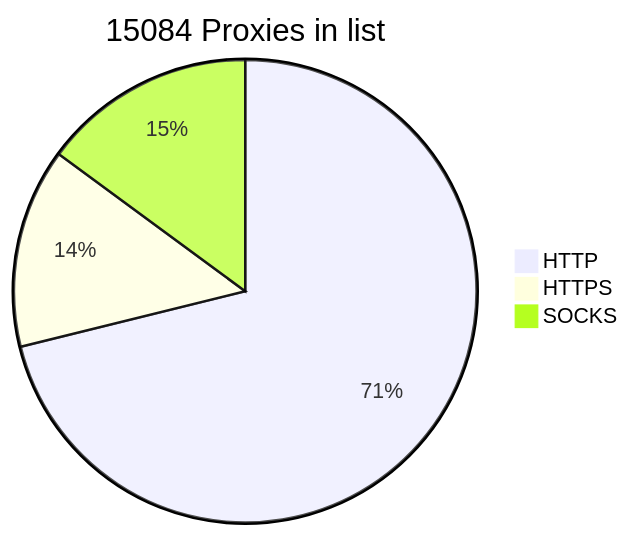
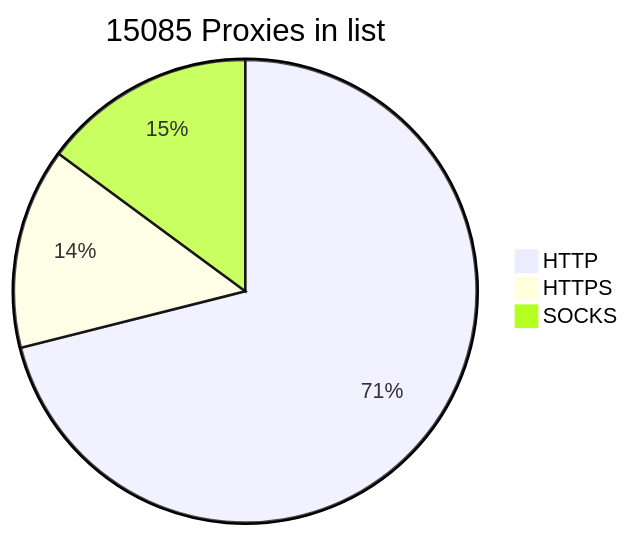
One commit to BlackSnowDot/proxylist-update-every-minute changed the diagram in README.md. Above: the diagram before and after it, drawn with Mermaid. The commit also changed other lines of this file, not shown here.

````diff
--- a/README.md
+++ b/README.md
@@ -2,6 +2,6 @@
 ```mermaid
-pie title 15084 Proxies in list
-    "HTTP" : 11236
-    "HTTPS": 2204
+pie title 15085 Proxies in list
+    "HTTP" : 11226
+    "HTTPS": 2217
     "SOCKS" : 2353
 ```
````
